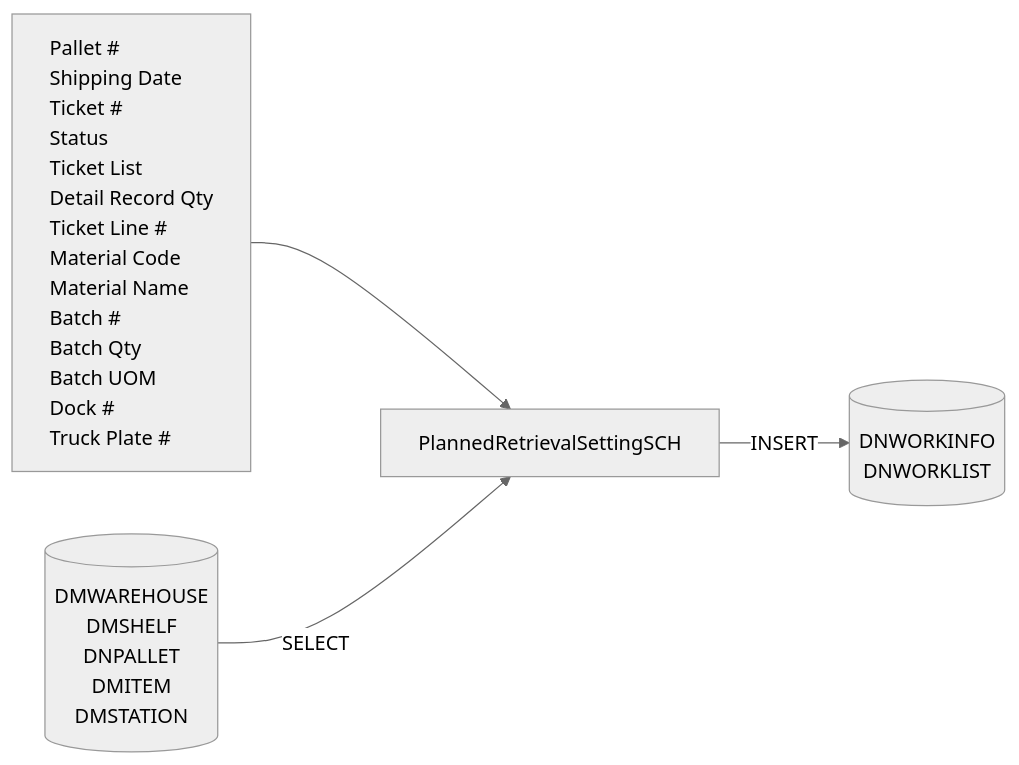
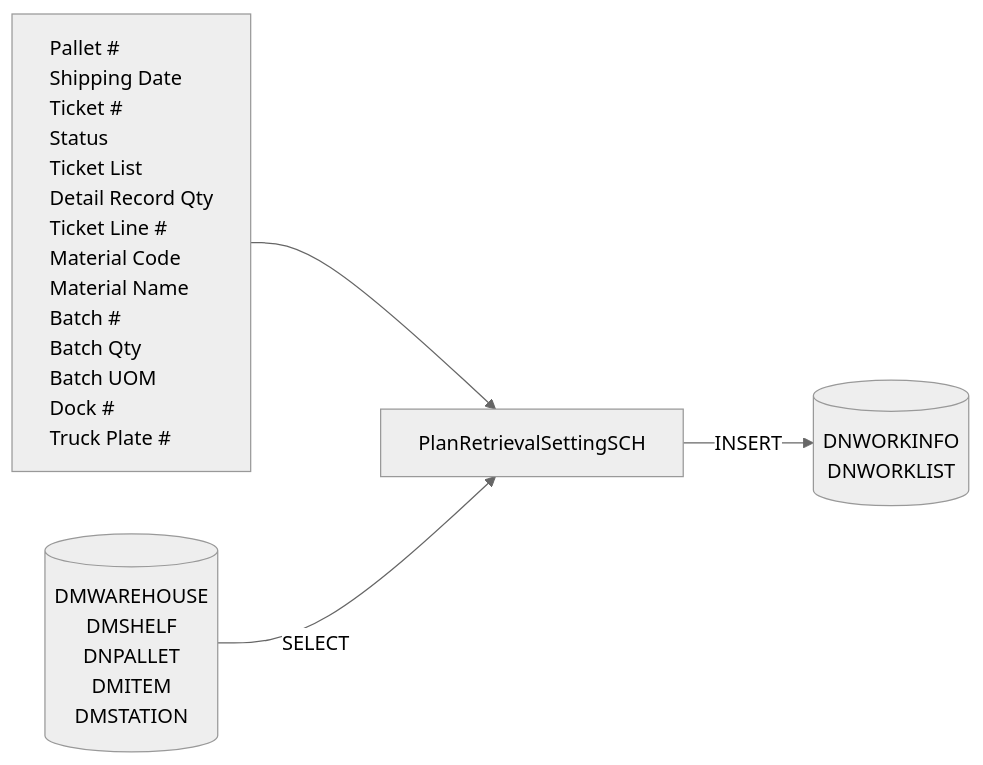
The third of 11 diagrams in Basic-Design/DFD-WMS/Retrieval/Planned-Retrieval-to-HP-Area.md (luthfiadityaa/SimeDarby-Wiki), drawn with Mermaid (neutral theme) before and after one commit.

Commit message:
Updated Planned Retrieval to HP Area

```diff
--- a/Basic-Design/DFD-WMS/Retrieval/Planned-Retrieval-to-HP-Area.md
+++ b/Basic-Design/DFD-WMS/Retrieval/Planned-Retrieval-to-HP-Area.md
@@ -116,40 +116,40 @@
 ::: mermaid
 flowchart LR
     input[
         Pallet #
         Shipping Date
         Ticket #
         Status
         Ticket List
         Detail Record Qty
         Ticket Line #
         Material Code
         Material Name
         Batch #
         Batch Qty
         Batch UOM
         Dock #
         Truck Plate #    
     ]
 
     tableList-insert[("
         DNWORKINFO
         DNWORKLIST
     ")]
 
      tableList-select[("
         DMWAREHOUSE
         DMSHELF
         DNPALLET
         DMITEM
         DMSTATION
     ")]
 
-    className[PlannedRetrievalSettingSCH]
+    className[PlanRetrievalSettingSCH]
 
     input --> className --> |INSERT| tableList-insert
     tableList-select --> |SELECT| className
 
     classDef leftAlign text-align:left;
     class input leftAlign;
 :::
```
